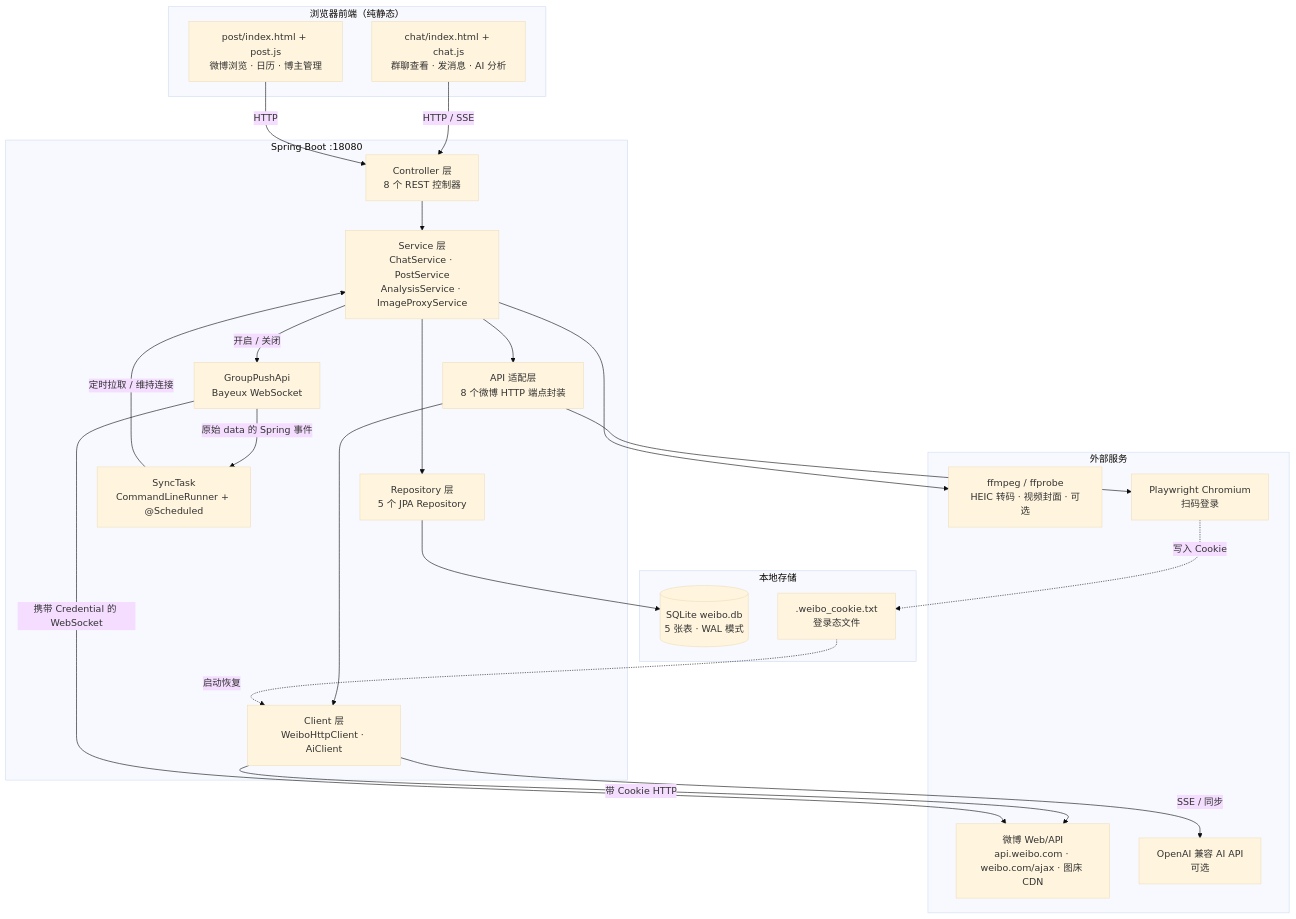
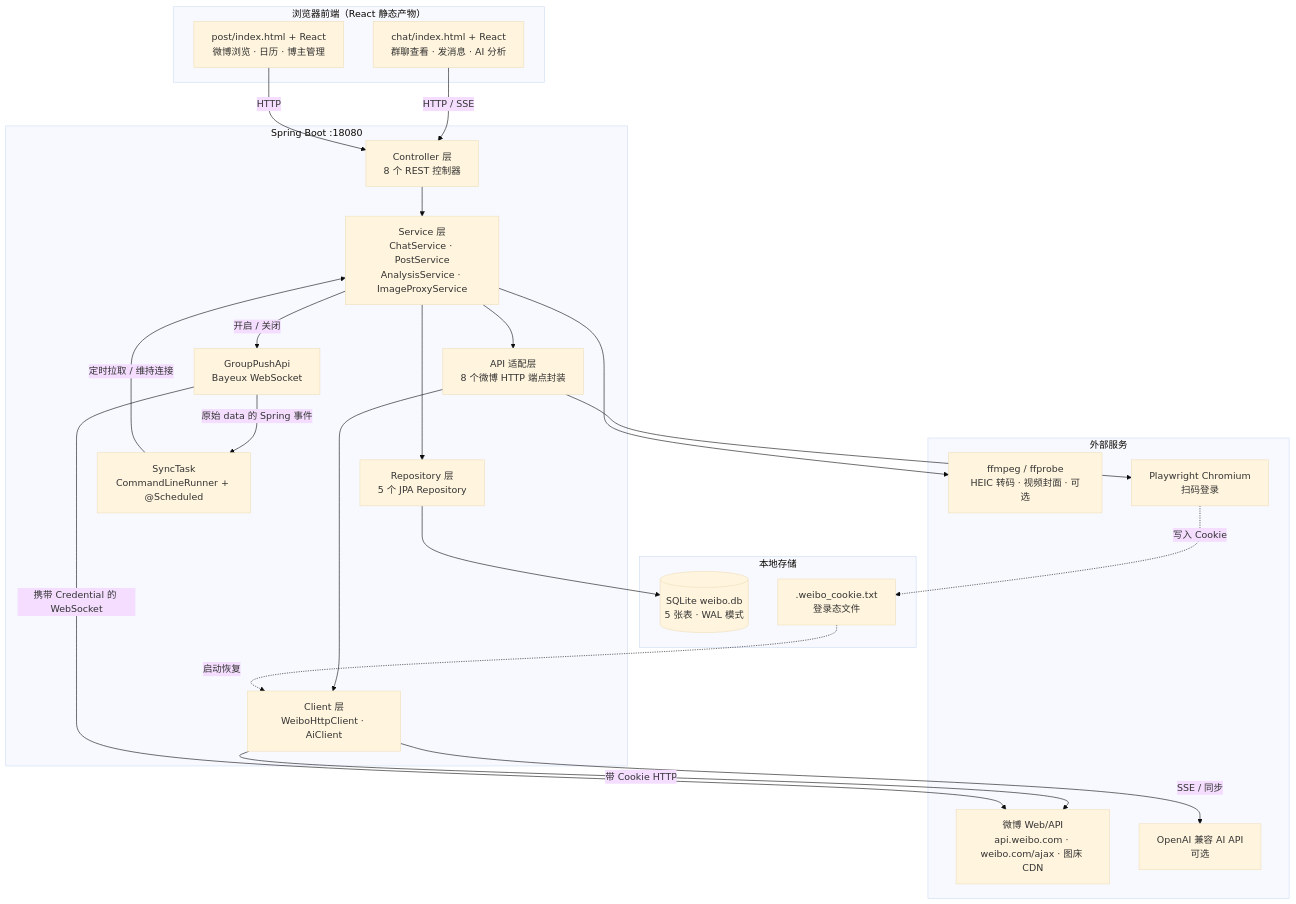
One commit to findxyz/vb-weibo-plus changed the diagram in README.md. Above: the diagram before and after it, drawn with Mermaid (base theme). The commit also changed other lines of this file and 43 other files, not shown here.

First line of the commit message:
feat: hand the formal chat entry to React and retire the legacy UI

````diff
--- a/README.md
+++ b/README.md
@@ -24,47 +24,47 @@
 ```mermaid
 graph TB
-    subgraph Browser["浏览器前端（纯静态）"]
-        ChatUI["chat/index.html + chat.js<br/>群聊查看 · 发消息 · AI 分析"]
-        PostUI["post/index.html + post.js<br/>微博浏览 · 日历 · 博主管理"]
+    subgraph Browser["浏览器前端（React 静态产物）"]
+        ChatUI["chat/index.html + React<br/>群聊查看 · 发消息 · AI 分析"]
+        PostUI["post/index.html + React<br/>微博浏览 · 日历 · 博主管理"]
     end
 
     subgraph SpringBoot["Spring Boot :18080"]
         Controller["Controller 层<br/>8 个 REST 控制器"]
         Service["Service 层<br/>ChatService · PostService<br/>AnalysisService · ImageProxyService"]
         API["API 适配层<br/>8 个微博 HTTP 端点封装"]
         Push["GroupPushApi<br/>Bayeux WebSocket"]
         Client["Client 层<br/>WeiboHttpClient · AiClient"]
         Repo["Repository 层<br/>5 个 JPA Repository"]
         SyncTask["SyncTask<br/>CommandLineRunner + @Scheduled"]
     end
 
     subgraph Storage["本地存储"]
         SQLite[("SQLite weibo.db<br/>5 张表 · WAL 模式")]
         CookieFile[".weibo_cookie.txt<br/>登录态文件"]
     end
 
     subgraph External["外部服务"]
         Weibo["微博 Web/API<br/>api.weibo.com · weibo.com/ajax · 图床 CDN"]
         AiAPI["OpenAI 兼容 AI API<br/>可选"]
         FFmpeg["ffmpeg / ffprobe<br/>HEIC 转码 · 视频封面 · 可选"]
         Playwright["Playwright Chromium<br/>扫码登录"]
     end
 
     ChatUI -->|HTTP / SSE| Controller
     PostUI -->|HTTP| Controller
     Controller --> Service
     Service --> API
     Service -->|开启 / 关闭| Push
     Service --> Repo
     API --> Client
     Client -->|带 Cookie HTTP| Weibo
     Push -->|携带 Credential 的 WebSocket| Weibo
     Push -->|原始 data 的 Spring 事件| SyncTask
     Client -->|SSE / 同步| AiAPI
     API --> Playwright
     Service --> FFmpeg
     Repo --> SQLite
     SyncTask -->|定时拉取 / 维持连接| Service
     Playwright -.->|写入 Cookie| CookieFile
     CookieFile -.->|启动恢复| Client
 ```
````
